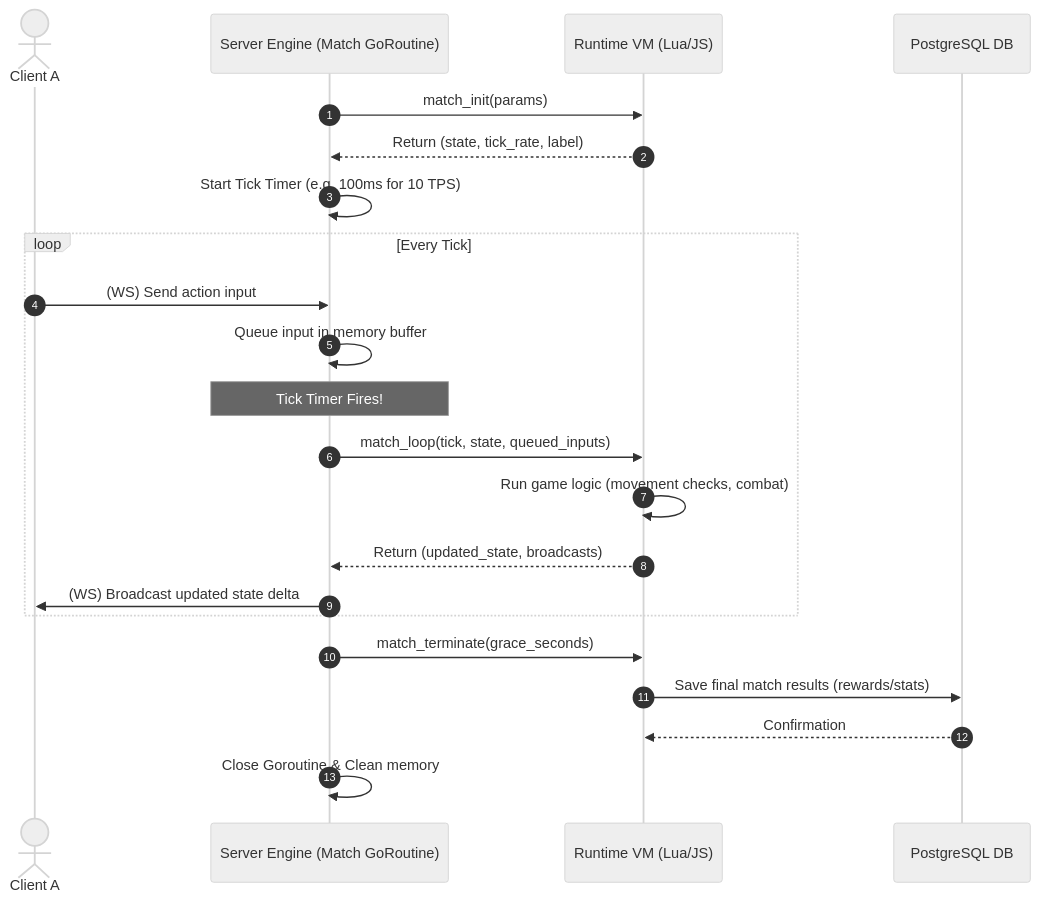
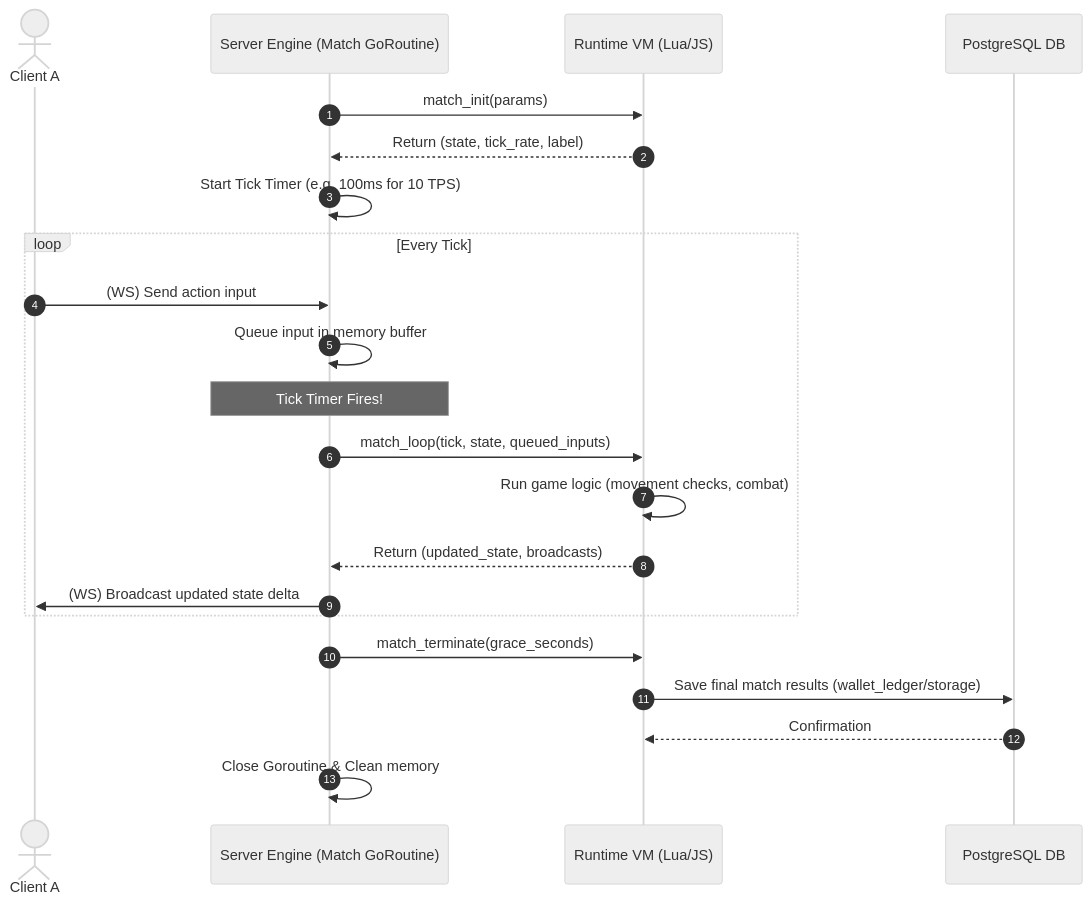
The diagram in TDD/04_authoritative_game_server.md (BornToBuildGame/documents), drawn with Mermaid (neutral theme) before and after one commit. The commit also changed other lines of this file and 27 other files, not shown here.

````diff
--- a/TDD/04_authoritative_game_server.md
+++ b/TDD/04_authoritative_game_server.md
@@ -27,28 +27,28 @@
 ```mermaid
 sequenceDiagram
     autonumber
     actor Client A
     participant Server as Server Engine (Match GoRoutine)
     participant VM as Runtime VM (Lua/JS)
     participant DB as PostgreSQL DB
 
     Server->>VM: match_init(params)
     VM-->>Server: Return (state, tick_rate, label)
     Server->>Server: Start Tick Timer (e.g. 100ms for 10 TPS)
 
     loop Every Tick
         Client A->>Server: (WS) Send action input
         Server->>Server: Queue input in memory buffer
         
         Note over Server: Tick Timer Fires!
         Server->>VM: match_loop(tick, state, queued_inputs)
         VM->>VM: Run game logic (movement checks, combat)
         VM-->>Server: Return (updated_state, broadcasts)
         Server->>Client A: (WS) Broadcast updated state delta
     end
 
     Server->>VM: match_terminate(grace_seconds)
-    VM->>DB: Save final match results (rewards/stats)
+    VM->>DB: Save final match results (wallet_ledger/storage)
     DB-->>VM: Confirmation
     Server->>Server: Close Goroutine & Clean memory
 ```
````
